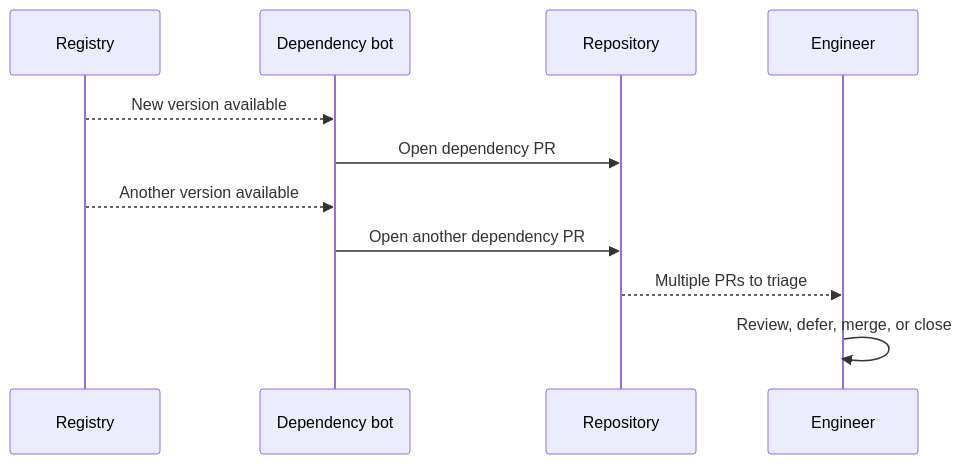
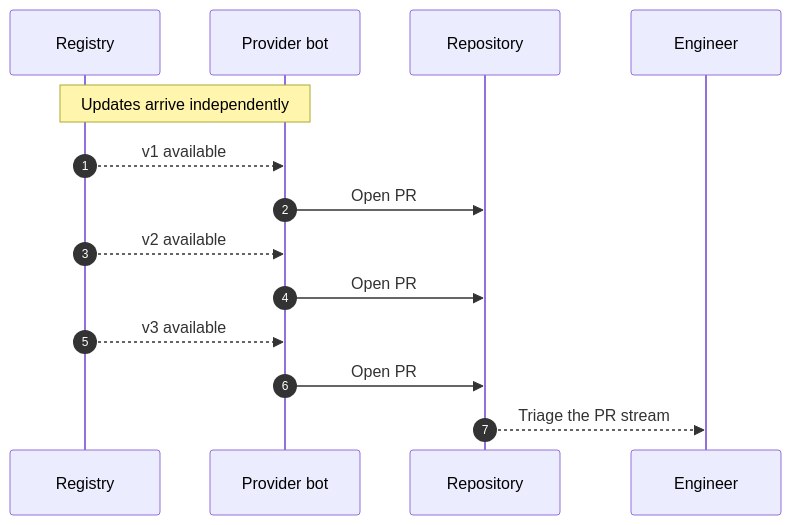
The first of 2 diagrams in README.md (yowainwright/codependence), drawn with Mermaid before and after one commit. The commit also changed other lines of this file, not shown here.

````diff
--- a/README.md
+++ b/README.md
@@ -576,13 +837,16 @@
 ```mermaid
 sequenceDiagram
+    autonumber
     participant Registry
-    participant Bot as Dependency bot
+    participant Bot as Provider bot
     participant Repo as Repository
     participant Engineer
-    Registry-->>Bot: New version available
-    Bot->>Repo: Open dependency PR
-    Registry-->>Bot: Another version available
-    Bot->>Repo: Open another dependency PR
-    Repo-->>Engineer: Multiple PRs to triage
-    Engineer->>Engineer: Review, defer, merge, or close
+    Note over Registry,Bot: Updates arrive independently
+    Registry-->>Bot: v1 available
+    Bot->>Repo: Open PR #1
+    Registry-->>Bot: v2 available
+    Bot->>Repo: Open PR #2
+    Registry-->>Bot: v3 available
+    Bot->>Repo: Open PR #3
+    Repo-->>Engineer: Triage the PR stream
 ```
````
